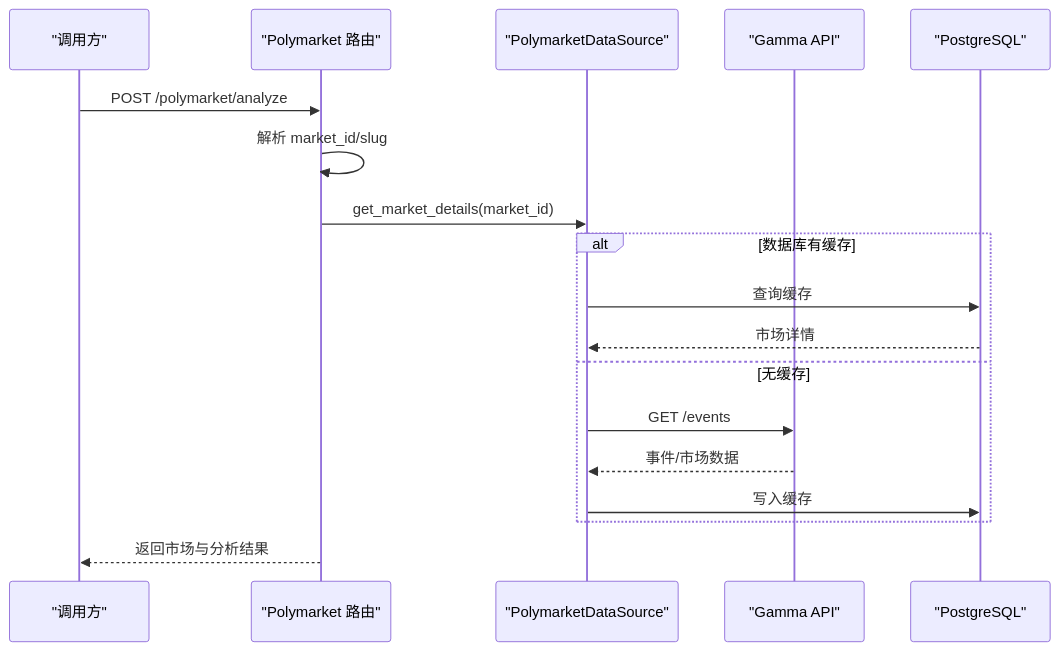
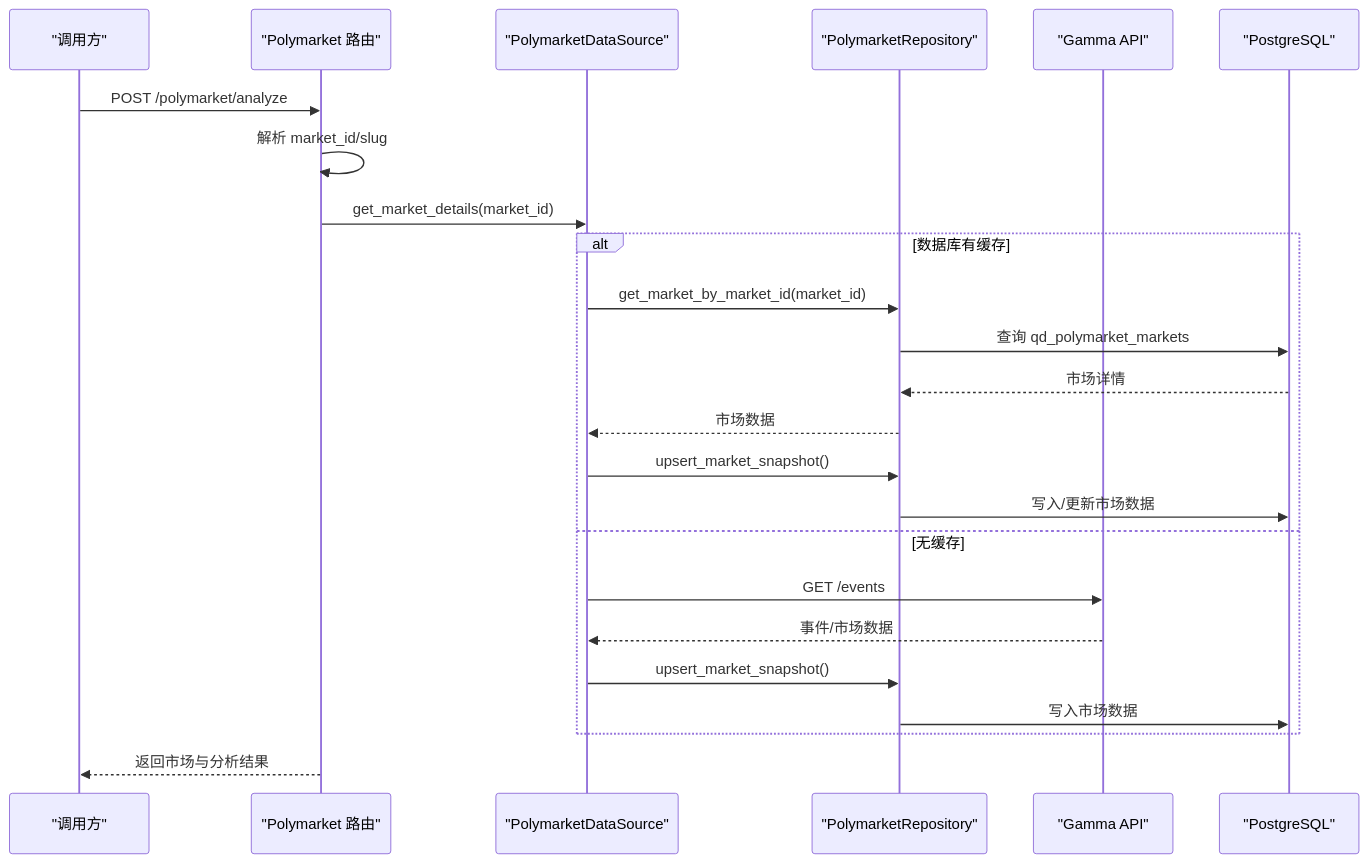
One commit to joezxh/QuantDinger changed the fourth of 6 diagrams in .qoder/repowiki/zh/content/数据管理系统/数据源适配器/加密货币数据源.md. Above: the diagram before and after it, drawn with Mermaid. The commit also changed other lines of this file and 28 other files, not shown here.

````diff
--- a/.qoder/repowiki/zh/content/数据管理系统/数据源适配器/加密货币数据源.md
+++ b/.qoder/repowiki/zh/content/数据管理系统/数据源适配器/加密货币数据源.md
@@ -179,20 +225,26 @@
 ```mermaid
 sequenceDiagram
 participant Client as "调用方"
 participant PMRoute as "Polymarket 路由"
 participant PMSource as "PolymarketDataSource"
+participant Repo as "PolymarketRepository"
 participant Gamma as "Gamma API"
 participant DB as "PostgreSQL"
 Client->>PMRoute : POST /polymarket/analyze
 PMRoute->>PMRoute : 解析 market_id/slug
 PMRoute->>PMSource : get_market_details(market_id)
 alt 数据库有缓存
-PMSource->>DB : 查询缓存
-DB-->>PMSource : 市场详情
+PMSource->>Repo : get_market_by_market_id(market_id)
+Repo->>DB : 查询 qd_polymarket_markets
+DB-->>Repo : 市场详情
+Repo-->>PMSource : 市场数据
+PMSource->>Repo : upsert_market_snapshot()
+Repo->>DB : 写入/更新市场数据
 else 无缓存
 PMSource->>Gamma : GET /events
 Gamma-->>PMSource : 事件/市场数据
-PMSource->>DB : 写入缓存
+PMSource->>Repo : upsert_market_snapshot()
+Repo->>DB : 写入市场数据
 end
 PMRoute-->>Client : 返回市场与分析结果
 ```
````
